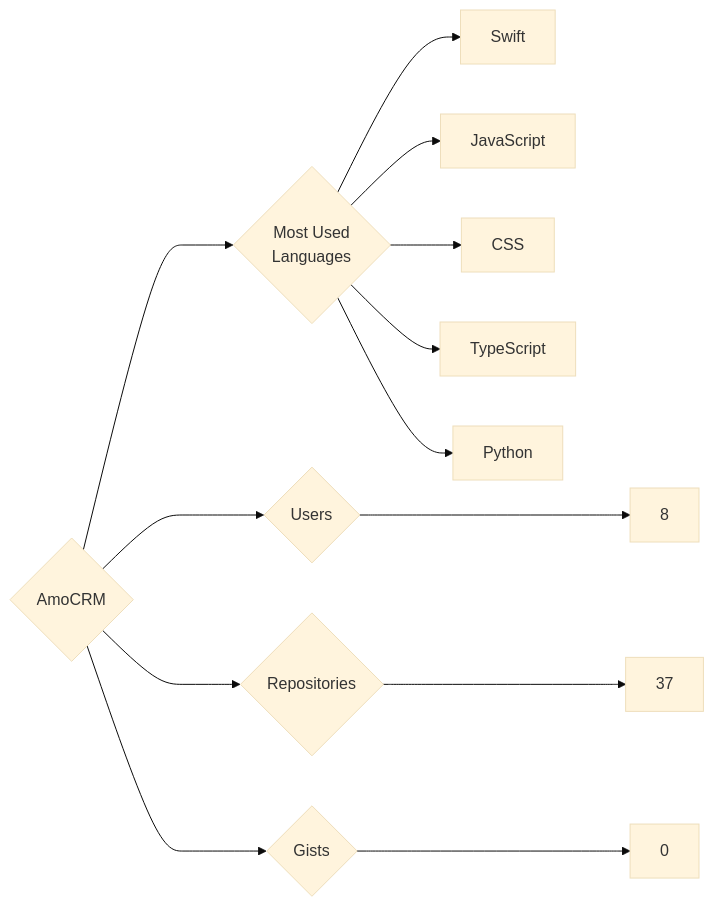
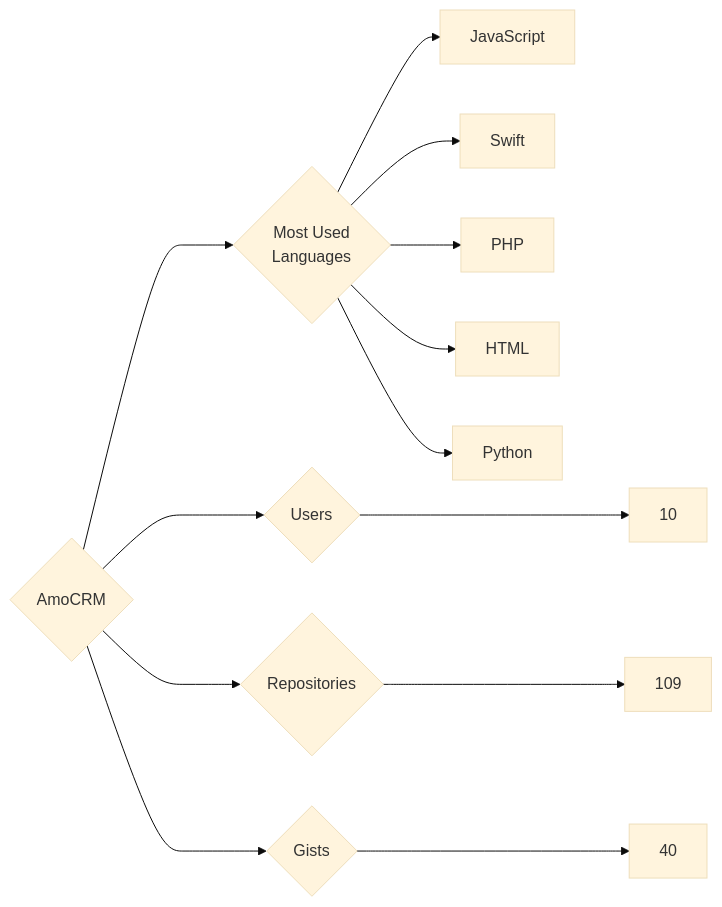
One commit to trickest/insiders changed the diagram in targets/AmoCRM/README.md. Above: the diagram before and after it, drawn with Mermaid (base theme). The commit also changed 932 other files, not shown here.

````diff
--- a/targets/AmoCRM/README.md
+++ b/targets/AmoCRM/README.md
@@ -3,13 +3,13 @@
 ```mermaid
 graph LR
 COMPANY_NAME{AmoCRM}
-COMPANY_NAME ---> U{Users} ---> UN[8]
-COMPANY_NAME ---> R{Repositories} ---> RN[37]
-COMPANY_NAME ---> G{Gists} ---> GN[0]
+COMPANY_NAME ---> U{Users} ---> UN[10]
+COMPANY_NAME ---> R{Repositories} ---> RN[109]
+COMPANY_NAME ---> G{Gists} ---> GN[40]
 COMPANY_NAME ---> ML{Most Used<br>Languages}
+ML --> JavaScript[JavaScript]
 ML --> Swift[Swift]
-ML --> JavaScript[JavaScript]
-ML --> CSS[CSS]
-ML --> TypeScript[TypeScript]
+ML --> PHP[PHP]
+ML --> HTML[HTML]
 ML --> Python[Python]
 ```
````
